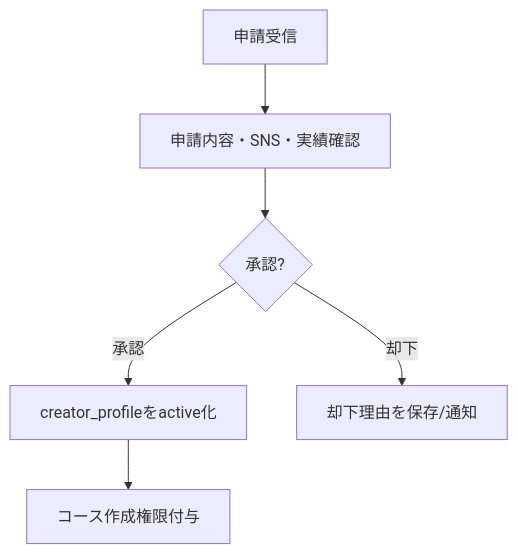
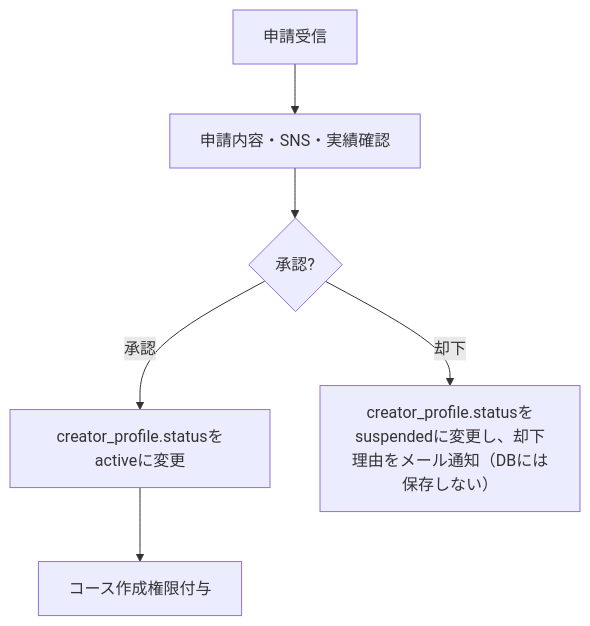
One commit to Kazy1230/OshiEnglish changed diagram 11 of 18 in docs/設計書/ManaVillage_サービスフロー整理.md. Above: the diagram before and after it, drawn with Mermaid. The commit also changed other lines of this file and 22 other files, not shown here.

````diff
--- a/docs/設計書/ManaVillage_サービスフロー整理.md
+++ b/docs/設計書/ManaVillage_サービスフロー整理.md
@@ -275,8 +277,8 @@
 ```mermaid
 flowchart TD
   A["申請受信"] --> B["申請内容・SNS・実績確認"]
   B --> C{"承認?"}
-  C -- "承認" --> D["creator_profileをactive化"]
-  C -- "却下" --> E["却下理由を保存/通知"]
+  C -- "承認" --> D["creator_profile.statusをactiveに変更"]
+  C -- "却下" --> E["creator_profile.statusをsuspendedに変更し、却下理由をメール通知（DBには保存しない）"]
   D --> F["コース作成権限付与"]
 ```
````
